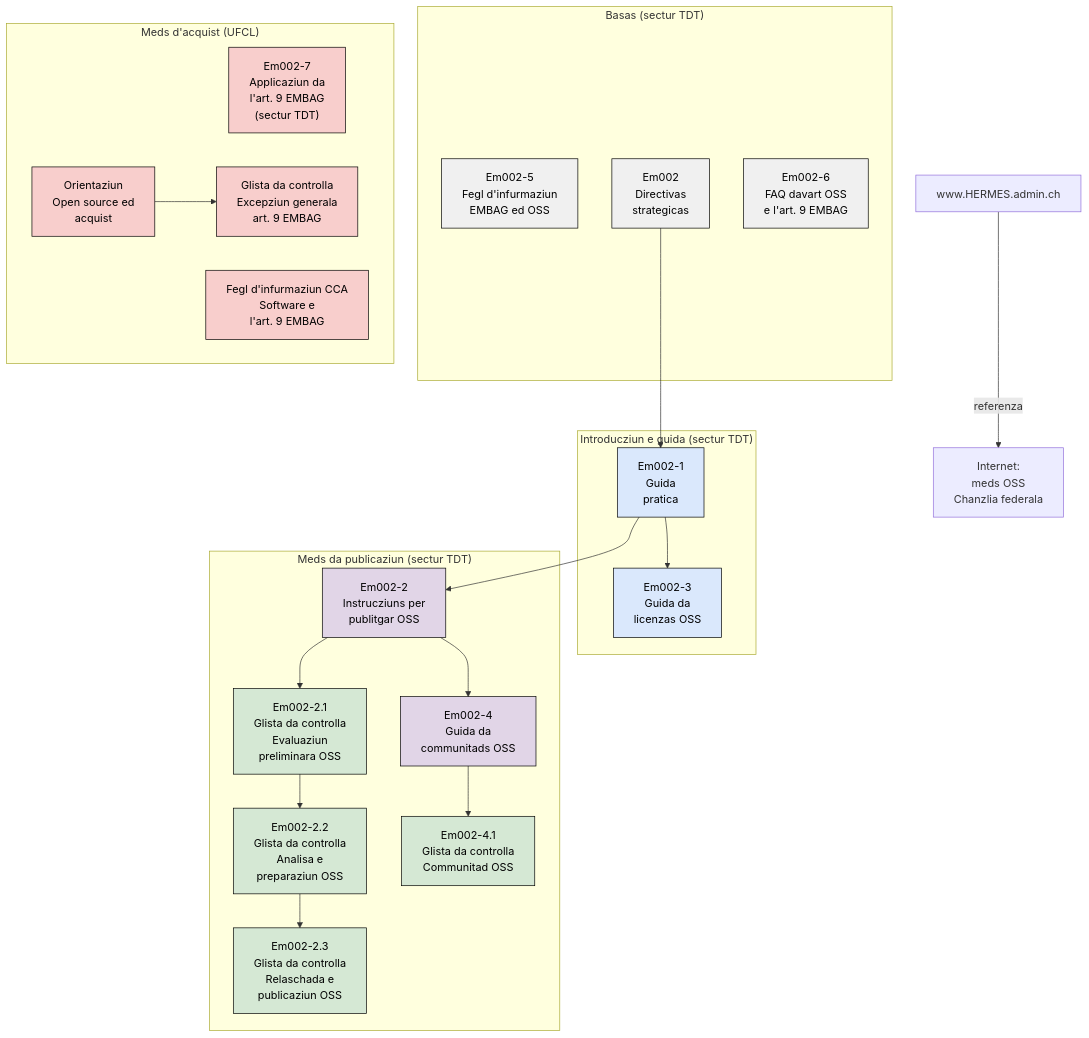
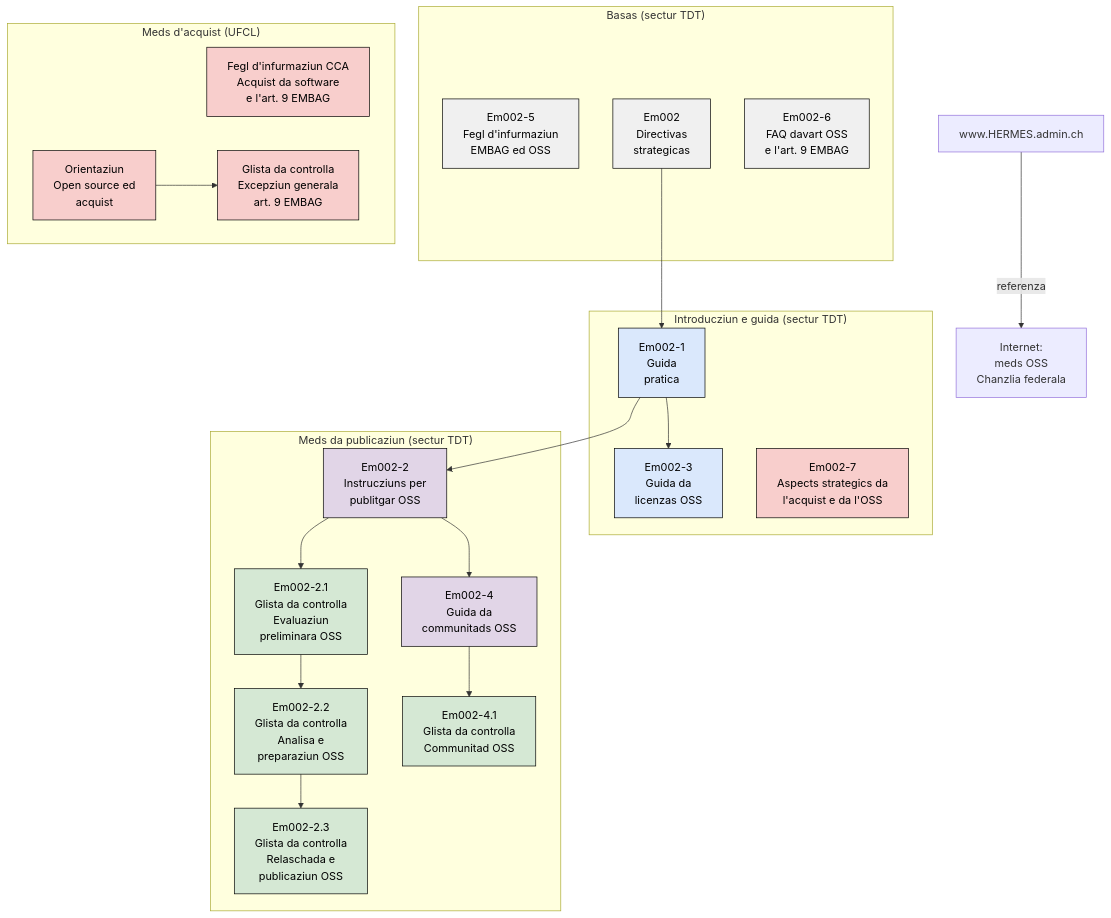
One commit to 736-c41-2c1-e464fc974/opensource-guidelines changed the diagram in docs/partials/document-map.rm.adoc. Above: the diagram before and after it, drawn with Mermaid. The commit also changed 4 other files, not shown here.

```diff
--- a/docs/partials/document-map.rm.adoc
+++ b/docs/partials/document-map.rm.adoc
@@ -2,55 +2,55 @@
 [mermaid,align="center",alt="Survista dals meds OSS en connex cun l'art. 9 EMBAG"]
 ....
 flowchart TD
     subgraph FUND["Basas (sectur TDT)"]
         EM0025["Em002-5<br/>Fegl d'infurmaziun<br/>EMBAG ed OSS"]
         EM002["Em002<br/>Directivas<br/>strategicas"]
         EM0026["Em002-6<br/>FAQ davart OSS<br/>e l'art. 9 EMBAG"]
     end
 
     subgraph INTRO["Introducziun e guida (sectur TDT)"]
         EM0021["Em002-1<br/>Guida<br/>pratica"]
         EM0023["Em002-3<br/>Guida da<br/>licenzas OSS"]
+        EM0027["Em002-7<br/>Aspects strategics da<br/>l'acquist e da l'OSS"]
     end
 
     subgraph PUB["Meds da publicaziun (sectur TDT)"]
         EM0022["Em002-2<br/>Instrucziuns per<br/>publitgar OSS"]
         EM0024["Em002-4<br/>Guida da<br/>communitads OSS"]
         CL21["Em002-2.1<br/>Glista da controlla<br/>Evaluaziun<br/>preliminara OSS"]
         CL22["Em002-2.2<br/>Glista da controlla<br/>Analisa e<br/>preparaziun OSS"]
         CL23["Em002-2.3<br/>Glista da controlla<br/>Relaschada e<br/>publicaziun OSS"]
         CL41["Em002-4.1<br/>Glista da controlla<br/>Communitad OSS"]
     end
 
     subgraph PROC["Meds d'acquist (UFCL)"]
-        EM0027["Em002-7<br/>Applicaziun da<br/>l'art. 9 EMBAG<br/>(sectur TDT)"]
-        KBB["Fegl d'infurmaziun CCA<br/>Software e<br/>l'art. 9 EMBAG"]
+        KBB["Fegl d'infurmaziun CCA<br/>Acquist da software<br/>e l'art. 9 EMBAG"]
         ORI["Orientaziun<br/>Open source ed<br/>acquist"]
         CLEX["Glista da controlla<br/>Excepziun generala<br/>art. 9 EMBAG"]
     end
 
     HERMES["www.HERMES.admin.ch"]
     FCHOSS["Internet:<br/>meds OSS<br/>Chanzlia federala"]
 
     EM002 --> EM0021
     EM0021 --> EM0023
     EM0021 --> EM0022
     EM0022 --> EM0024
     EM0022 --> CL21
     CL21 --> CL22
     CL22 --> CL23
     EM0024 --> CL41
     ORI --> CLEX
     HERMES -->|"referenza"| FCHOSS
 
     classDef fund fill:#f0f0f0,stroke:#000000,color:#000000
     classDef intro fill:#dae8fc,stroke:#000000,color:#000000
     classDef pub fill:#e1d5e7,stroke:#000000,color:#000000
     classDef check fill:#d5e8d4,stroke:#000000,color:#000000
     classDef proc fill:#f8cecc,stroke:#000000,color:#000000
     class EM002,EM0025,EM0026 fund
     class EM0021,EM0023 intro
     class EM0022,EM0024 pub
     class CL21,CL22,CL23,CL41 check
     class EM0027,KBB,ORI,CLEX proc
 ....
```
